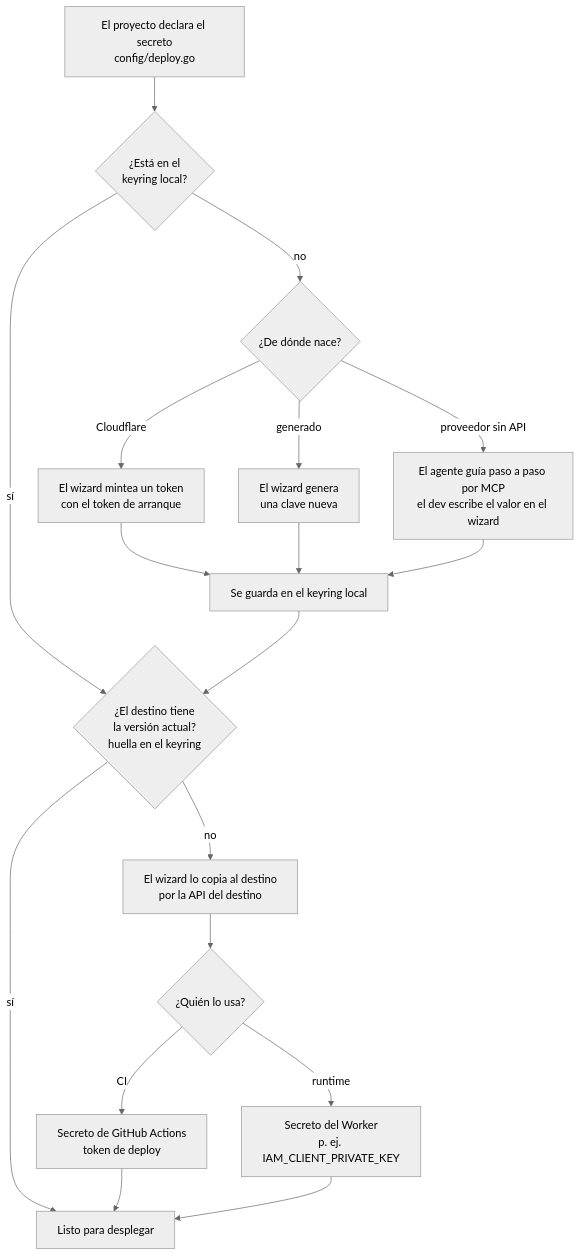
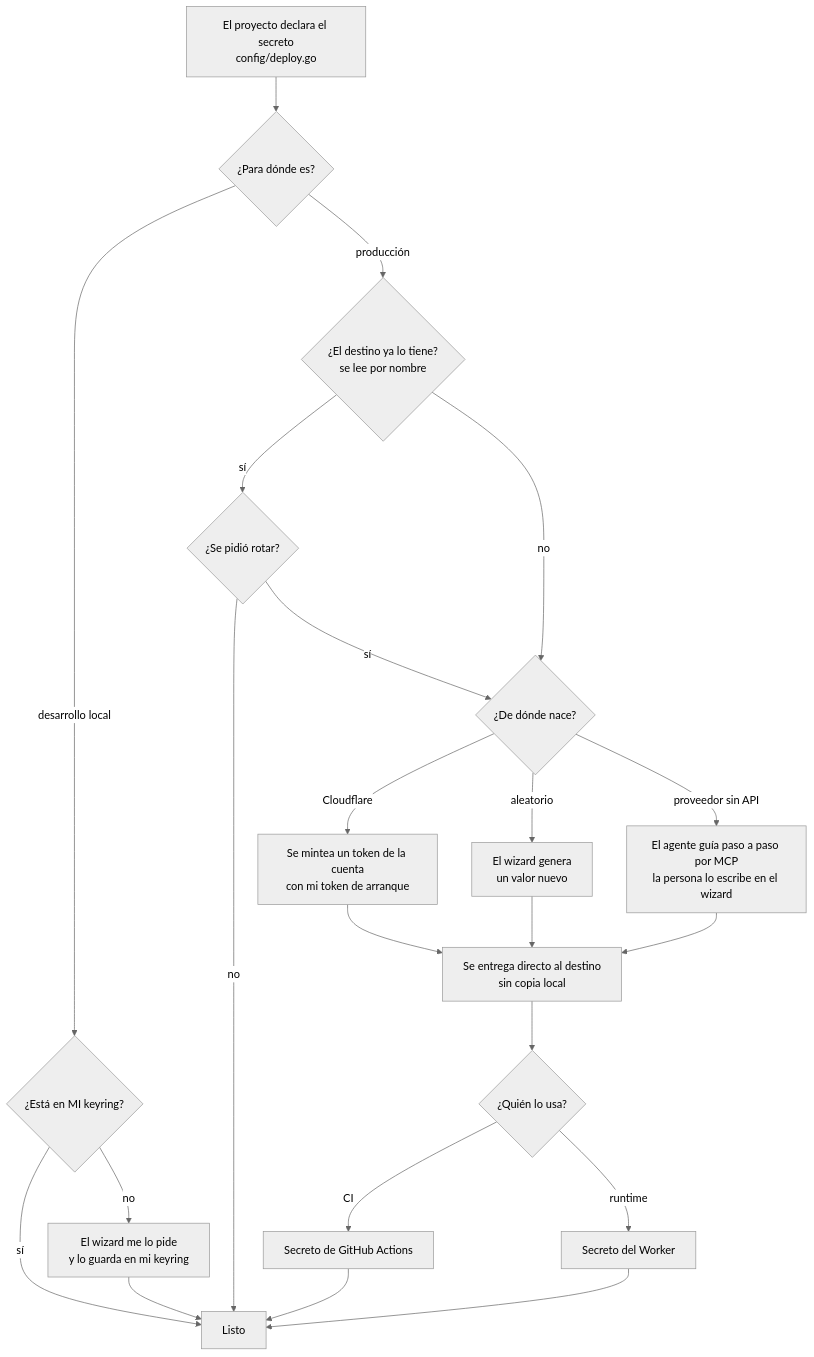
The diagram in diagrams/DEPLOY_SECRETS_FLOW.md (webtyp/docs), drawn with Mermaid (neutral theme) before and after one commit. The commit also changed other lines of this file and 2 other files, not shown here.

Commit message:
deploy wizard: consolidate D23–D41 (teams), dispatch wizard/deploy/env, P26

````diff
--- a/diagrams/DEPLOY_SECRETS_FLOW.md
+++ b/diagrams/DEPLOY_SECRETS_FLOW.md
@@ -20,20 +19,24 @@
 ```mermaid
 flowchart TD
-    A[El proyecto declara el secreto<br/>config/deploy.go] --> B{¿Está en el<br/>keyring local?}
-    B -- sí --> H{¿El destino tiene<br/>la versión actual?<br/>huella en el keyring}
-    B -- no --> C{¿De dónde nace?}
-    C -- Cloudflare --> D[El wizard mintea un token<br/>con el token de arranque]
-    C -- generado --> E[El wizard genera<br/>una clave nueva]
-    C -- proveedor sin API --> F[El agente guía paso a paso por MCP<br/>el dev escribe el valor en el wizard]
-    D --> G[Se guarda en el keyring local]
-    E --> G
-    F --> G
-    G --> H
-    H -- no --> I[El wizard lo copia al destino<br/>por la API del destino]
-    I --> J{¿Quién lo usa?}
-    H -- sí --> K[Listo para desplegar]
-    J -- CI --> L[Secreto de GitHub Actions<br/>token de deploy]
-    J -- runtime --> M[Secreto del Worker<br/>p. ej. IAM_CLIENT_PRIVATE_KEY]
-    L --> K
-    M --> K
+    A[El proyecto declara el secreto<br/>config/deploy.go] --> B{¿Para dónde es?}
+    B -- desarrollo local --> C{¿Está en MI keyring?}
+    C -- sí --> Z[Listo]
+    C -- no --> D[El wizard me lo pide<br/>y lo guarda en mi keyring]
+    D --> Z
+    B -- producción --> E{¿El destino ya lo tiene?<br/>se lee por nombre}
+    E -- sí --> F{¿Se pidió rotar?}
+    F -- no --> Z
+    F -- sí --> G
+    E -- no --> G{¿De dónde nace?}
+    G -- Cloudflare --> H[Se mintea un token de la cuenta<br/>con mi token de arranque]
+    G -- aleatorio --> I[El wizard genera<br/>un valor nuevo]
+    G -- proveedor sin API --> J[El agente guía paso a paso por MCP<br/>la persona lo escribe en el wizard]
+    H --> K[Se entrega directo al destino<br/>sin copia local]
+    I --> K
+    J --> K
+    K --> L{¿Quién lo usa?}
+    L -- CI --> M[Secreto de GitHub Actions]
+    L -- runtime --> N[Secreto del Worker]
+    M --> Z
+    N --> Z
 ```
````
